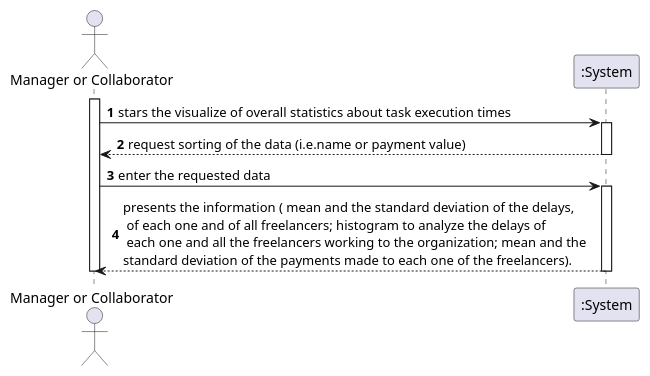
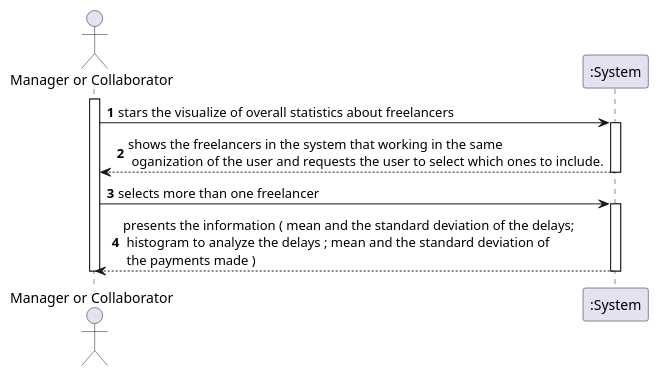
One commit to botelho-io/lapr2-2020-g029 changed the diagram in docs/UC_07/UC07_SSD.puml. Above: the diagram before and after it, drawn with PlantUML. The commit also changed 5 other files, not shown here.

```diff
--- a/docs/UC_07/UC07_SSD.puml
+++ b/docs/UC_07/UC07_SSD.puml
@@ -1,16 +1,16 @@
 @startuml SSD
 autonumber
 actor "Manager or Collaborator" as MC
 participant ":System" as S
 
 activate MC
-        MC -> S : stars the visualize of overall statistics about task execution times
+        MC -> S : stars the visualize of overall statistics about freelancers
         activate S
-        S --> MC : request sorting of the data (i.e.name or payment value)
+        S --> MC : shows the freelancers in the system that working in the same\n oganization of the user and requests the user to select which ones to include.
         deactivate S
-        MC -> S : enter the requested data
+        MC -> S : selects more than one freelancer
         activate S
-        S --> MC : presents the information ( mean and the standard deviation of the delays,\n of each one and of all freelancers; histogram to analyze the delays of\n each one and all the freelancers working to the organization; mean and the \nstandard deviation of the payments made to each one of the freelancers).
+        S --> MC : presents the information ( mean and the standard deviation of the delays;\n histogram to analyze the delays ; mean and the standard deviation of\n the payments made )
         deactivate S
 deactivate MC
 @enduml
```
